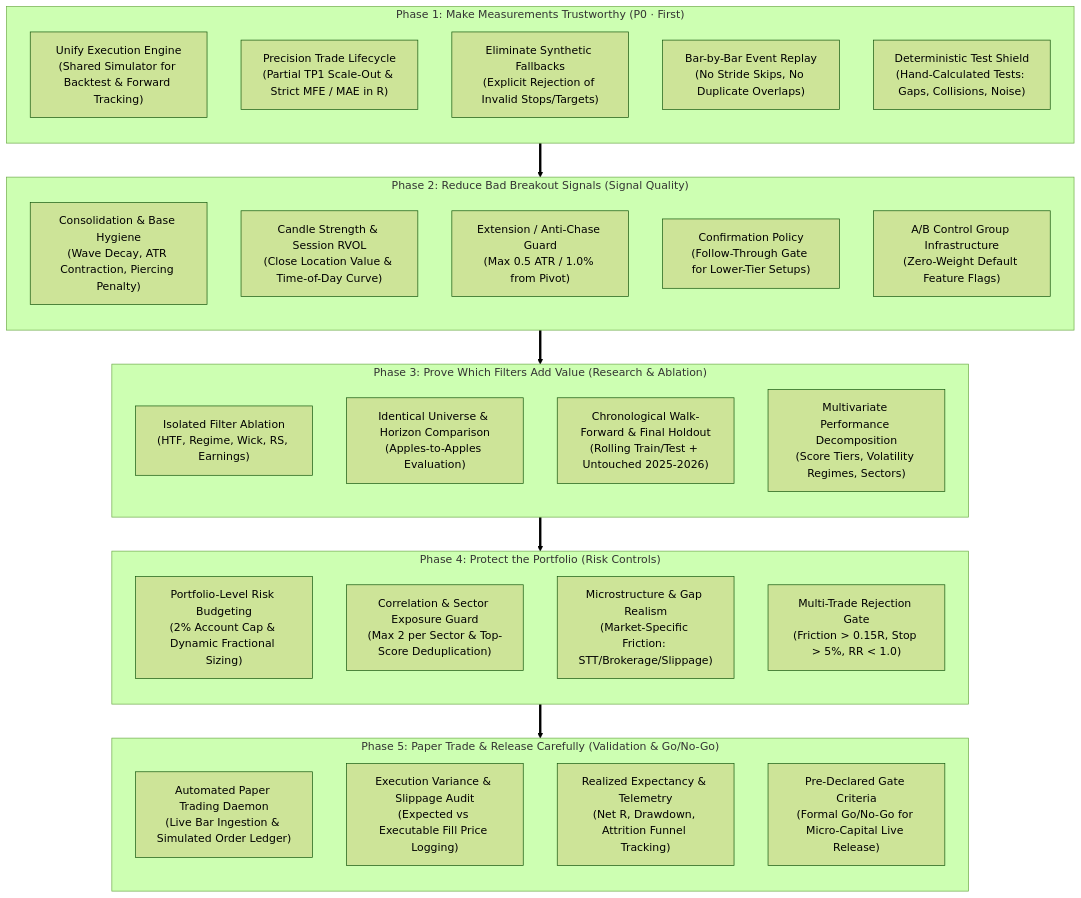
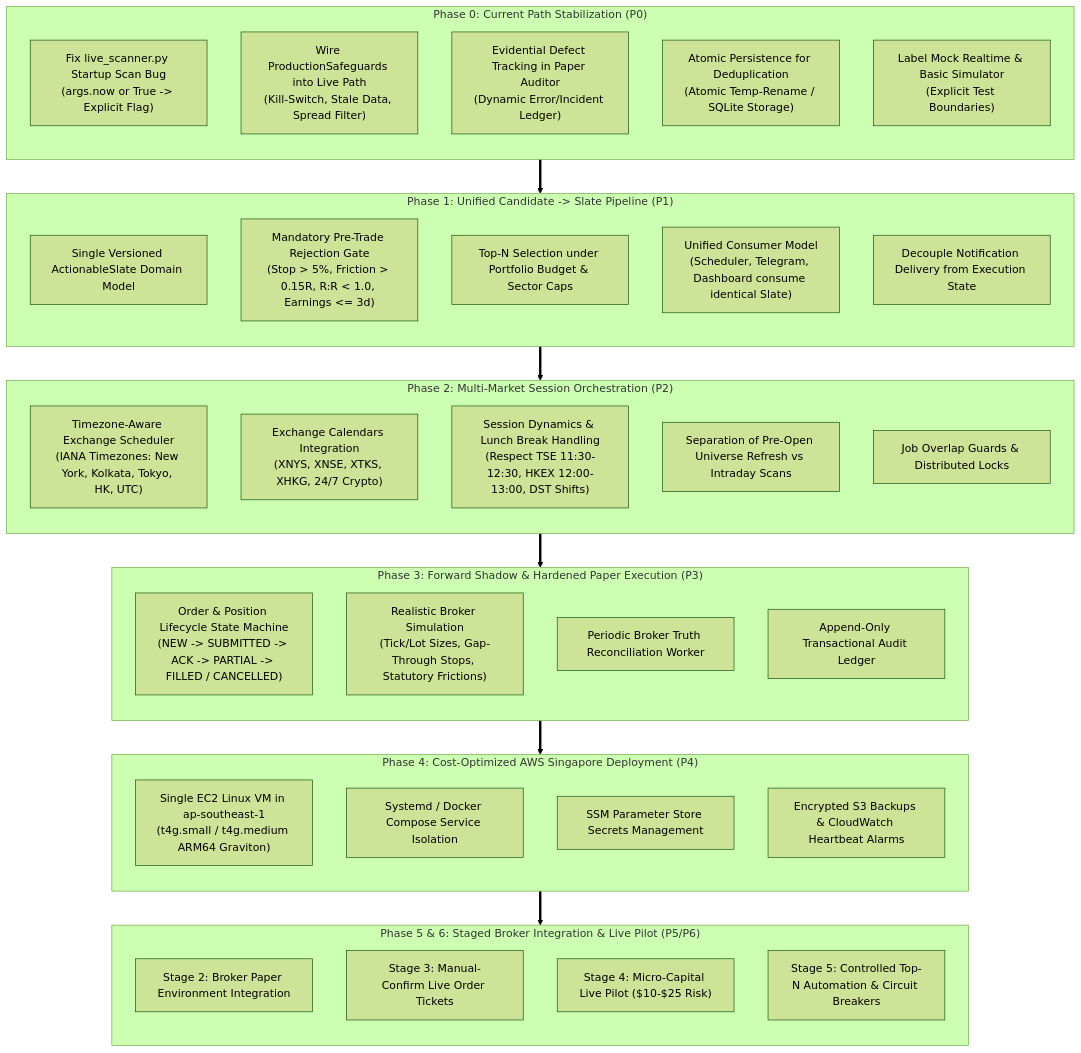
Before and after one commit to allaparthinaveen/breakout-scanner: the first of 2 diagrams in IMPLEMENTATION_PLAN.md, drawn with Mermaid (forest theme). The commit also changed other lines of this file and 34 other files, not shown here.

Commit message:
feat: complete Phase 0-3 institutional roadmap (pipeline, session orchestration, cloud deployment)

````diff
--- a/IMPLEMENTATION_PLAN.md
+++ b/IMPLEMENTATION_PLAN.md
@@ -11,46 +12,55 @@
 ```mermaid
 flowchart TD
-    subgraph P1 ["Phase 1: Make Measurements Trustworthy (P0 · First)"]
+    subgraph S0 ["Phase 0: Current Path Stabilization (P0)"]
         direction TB
-        A1["Unify Execution Engine<br>(Shared Simulator for Backtest & Forward Tracking)"]
-        A2["Precision Trade Lifecycle<br>(Partial TP1 Scale-Out & Strict MFE / MAE in R)"]
-        A3["Eliminate Synthetic Fallbacks<br>(Explicit Rejection of Invalid Stops/Targets)"]
-        A4["Bar-by-Bar Event Replay<br>(No Stride Skips, No Duplicate Overlaps)"]
-        A5["Deterministic Test Shield<br>(Hand-Calculated Tests: Gaps, Collisions, Noise)"]
+        A1["Fix live_scanner.py Startup Scan Bug<br>(args.now or True -> Explicit Flag)"]
+        A2["Wire ProductionSafeguards into Live Path<br>(Kill-Switch, Stale Data, Spread Filter)"]
+        A3["Evidential Defect Tracking in Paper Auditor<br>(Dynamic Error/Incident Ledger)"]
+        A4["Atomic Persistence for Deduplication<br>(Atomic Temp-Rename / SQLite Storage)"]
+        A5["Label Mock Realtime & Basic Simulator<br>(Explicit Test Boundaries)"]
     end
 
-    subgraph P2 ["Phase 2: Reduce Bad Breakout Signals (Signal Quality)"]
+    subgraph S1 ["Phase 1: Unified Candidate -> Slate Pipeline (P1)"]
         direction TB
-        B1["Consolidation & Base Hygiene<br>(Wave Decay, ATR Contraction, Piercing Penalty)"]
-        B2["Candle Strength & Session RVOL<br>(Close Location Value & Time-of-Day Curve)"]
-        B3["Extension / Anti-Chase Guard<br>(Max 0.5 ATR / 1.0% from Pivot)"]
-        B4["Confirmation Policy<br>(Follow-Through Gate for Lower-Tier Setups)"]
-        B5["A/B Control Group Infrastructure<br>(Zero-Weight Default Feature Flags)"]
+        B1["Single Versioned ActionableSlate Domain Model"]
+        B2["Mandatory Pre-Trade Rejection Gate<br>(Stop > 5%, Friction > 0.15R, R:R < 1.0, Earnings <= 3d)"]
+        B3["Top-N Selection under Portfolio Budget & Sector Caps"]
+        B4["Unified Consumer Model<br>(Scheduler, Telegram, Dashboard consume identical Slate)"]
+        B5["Decouple Notification Delivery from Execution State"]
     end
 
-    subgraph P3 ["Phase 3: Prove Which Filters Add Value (Research & Ablation)"]
+    subgraph S2 ["Phase 2: Multi-Market Session Orchestration (P2)"]
         direction TB
-        C1["Isolated Filter Ablation<br>(HTF, Regime, Wick, RS, Earnings)"]
-        C2["Identical Universe & Horizon Comparison<br>(Apples-to-Apples Evaluation)"]
-        C3["Chronological Walk-Forward & Final Holdout<br>(Rolling Train/Test + Untouched 2025-2026)"]
-        C4["Multivariate Performance Decomposition<br>(Score Tiers, Volatility Regimes, Sectors)"]
+        C1["Timezone-Aware Exchange Scheduler<br>(IANA Timezones: New York, Kolkata, Tokyo, HK, UTC)"]
+        C2["Exchange Calendars Integration<br>(XNYS, XNSE, XTKS, XHKG, 24/7 Crypto)"]
+        C3["Session Dynamics & Lunch Break Handling<br>(Respect TSE 11:30-12:30, HKEX 12:00-13:00, DST Shifts)"]
+        C4["Separation of Pre-Open Universe Refresh vs Intraday Scans"]
+        C5["Job Overlap Guards & Distributed Locks"]
     end
 
-    subgraph P4 ["Phase 4: Protect the Portfolio (Risk Controls)"]
+    subgraph S3 ["Phase 3: Forward Shadow & Hardened Paper Execution (P3)"]
         direction TB
-        D1["Portfolio-Level Risk Budgeting<br>(2% Account Cap & Dynamic Fractional Sizing)"]
-        D2["Correlation & Sector Exposure Guard<br>(Max 2 per Sector & Top-Score Deduplication)"]
-        D3["Microstructure & Gap Realism<br>(Market-Specific Friction: STT/Brokerage/Slippage)"]
-        D4["Multi-Trade Rejection Gate<br>(Friction > 0.15R, Stop > 5%, RR < 1.0)"]
+        D1["Order & Position Lifecycle State Machine<br>(NEW -> SUBMITTED -> ACK -> PARTIAL -> FILLED / CANCELLED)"]
+        D2["Realistic Broker Simulation<br>(Tick/Lot Sizes, Gap-Through Stops, Statutory Frictions)"]
+        D3["Periodic Broker Truth Reconciliation Worker"]
+        D4["Append-Only Transactional Audit Ledger"]
     end
 
-    subgraph P5 ["Phase 5: Paper Trade & Release Carefully (Validation & Go/No-Go)"]
+    subgraph S4 ["Phase 4: Cost-Optimized AWS Singapore Deployment (P4)"]
         direction TB
-        E1["Automated Paper Trading Daemon<br>(Live Bar Ingestion & Simulated Order Ledger)"]
-        E2["Execution Variance & Slippage Audit<br>(Expected vs Executable Fill Price Logging)"]
-        E3["Realized Expectancy & Telemetry<br>(Net R, Drawdown, Attrition Funnel Tracking)"]
-        E4["Pre-Declared Gate Criteria<br>(Formal Go/No-Go for Micro-Capital Live Release)"]
+        E1["Single EC2 Linux VM in ap-southeast-1<br>(t4g.small / t4g.medium ARM64 Graviton)"]
+        E2["Systemd / Docker Compose Service Isolation"]
+        E3["SSM Parameter Store Secrets Management"]
+        E4["Encrypted S3 Backups & CloudWatch Heartbeat Alarms"]
     end
 
-    P1 ==> P2 ==> P3 ==> P4 ==> P5
+    subgraph S5 ["Phase 5 & 6: Staged Broker Integration & Live Pilot (P5/P6)"]
+        direction TB
+        F1["Stage 2: Broker Paper Environment Integration"]
+        F2["Stage 3: Manual-Confirm Live Order Tickets"]
+        F3["Stage 4: Micro-Capital Live Pilot ($10-$25 Risk)"]
+        F4["Stage 5: Controlled Top-N Automation & Circuit Breakers"]
+    end
+
+    S0 ==> S1 ==> S2 ==> S3 ==> S4 ==> S5
 ```
````
